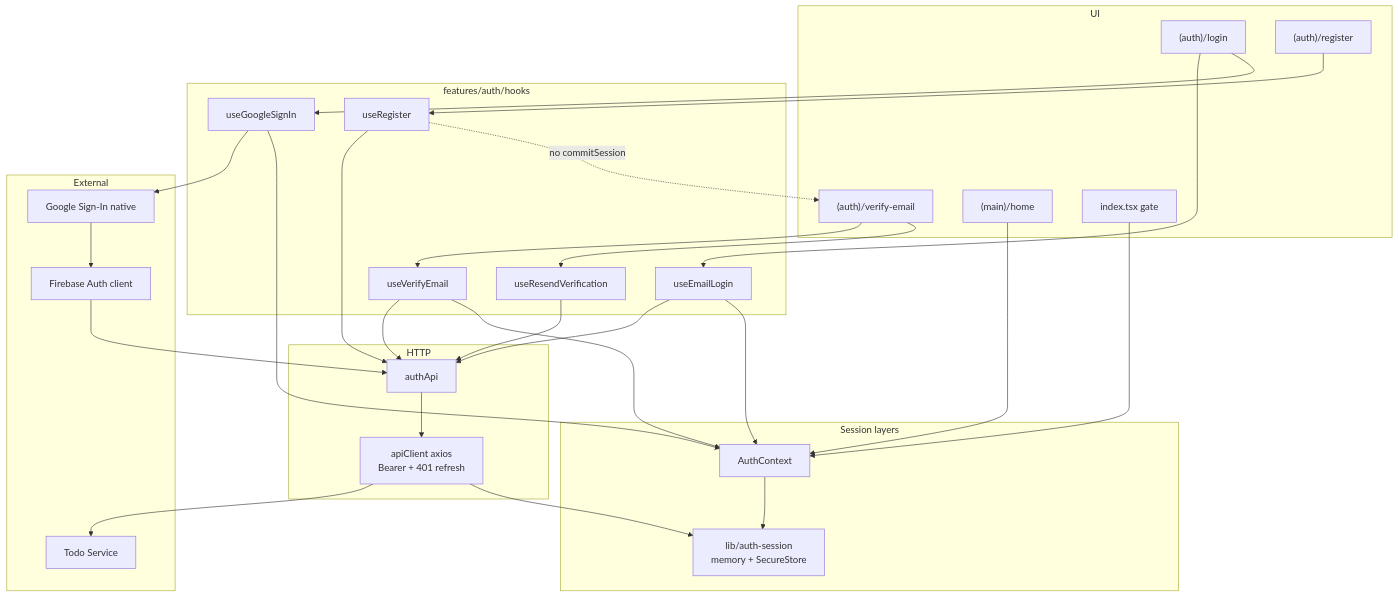
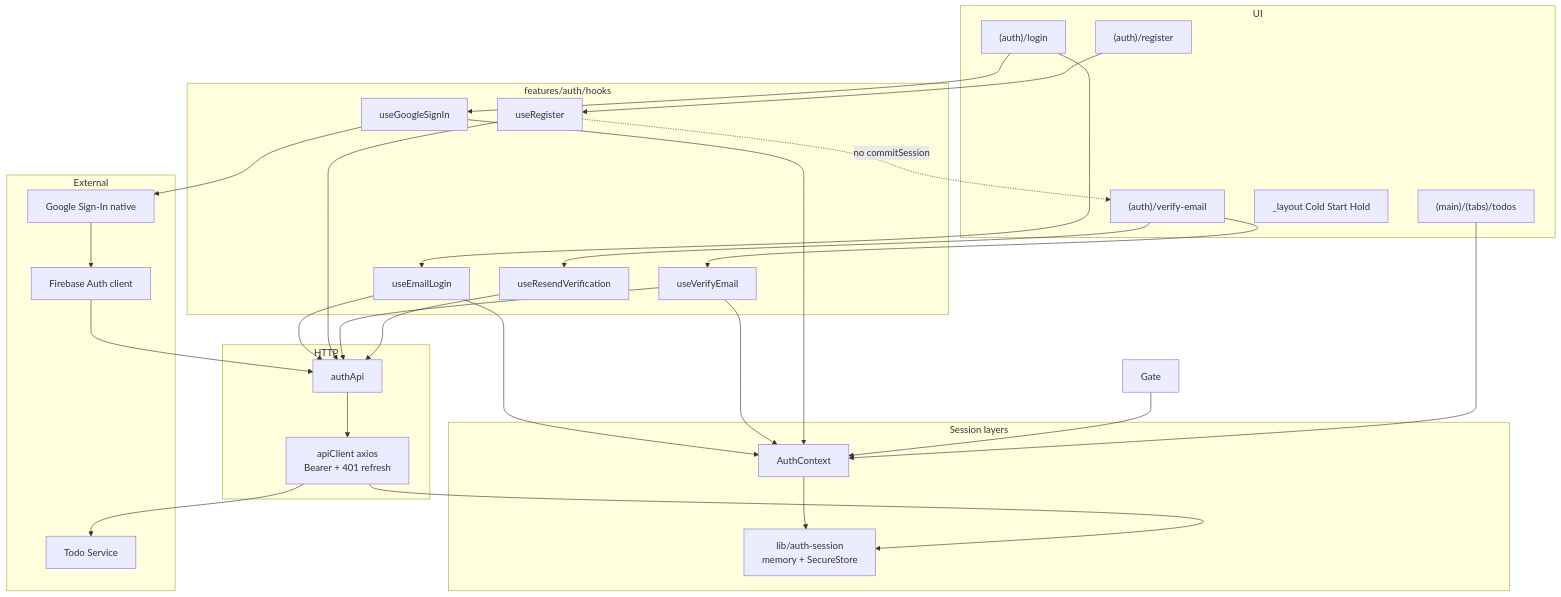
The first of 8 diagrams in docs/auth-flow.md (rizkydrma/todos-apps), drawn with Mermaid before and after one commit. The commit also changed other lines of this file and 5 other files, not shown here.

First line of the commit message:
fix(splash): destination-gated cold start hold (ADR-0011)

````diff
--- a/docs/auth-flow.md
+++ b/docs/auth-flow.md
@@ -65,57 +65,57 @@
 ```mermaid
 flowchart TB
   subgraph UI["UI"]
     Login["(auth)/login"]
     Reg["(auth)/register"]
     Verify["(auth)/verify-email"]
-    Home["(main)/home"]
-    Gate["index.tsx gate"]
+    Home["(main)/(tabs)/todos"]
+    Root["_layout Cold Start Hold"]
   end
 
   subgraph Hooks["features/auth/hooks"]
     HE[useEmailLogin]
     HR[useRegister]
     HV[useVerifyEmail]
     HRe[useResendVerification]
     HG[useGoogleSignIn]
   end
 
   subgraph State["Session layers"]
     CTX[AuthContext]
     SS[lib/auth-session\nmemory + SecureStore]
   end
 
   subgraph HTTP["HTTP"]
     API[authApi]
     AX[apiClient axios\nBearer + 401 refresh]
   end
 
   subgraph Ext["External"]
     G[Google Sign-In native]
     F[Firebase Auth client]
     BE[Todo Service]
   end
 
   Login --> HE
   Login --> HG
   Reg --> HR
   Verify --> HV
   Verify --> HRe
   HE --> API
   HR --> API
   HV --> API
   HRe --> API
   HG --> G
   G --> F
   F --> API
   API --> AX
   AX --> BE
   HE --> CTX
   HV --> CTX
   HG --> CTX
   HR -.->|no commitSession| Verify
   CTX --> SS
   AX --> SS
   Gate --> CTX
   Home --> CTX
 ```
````
